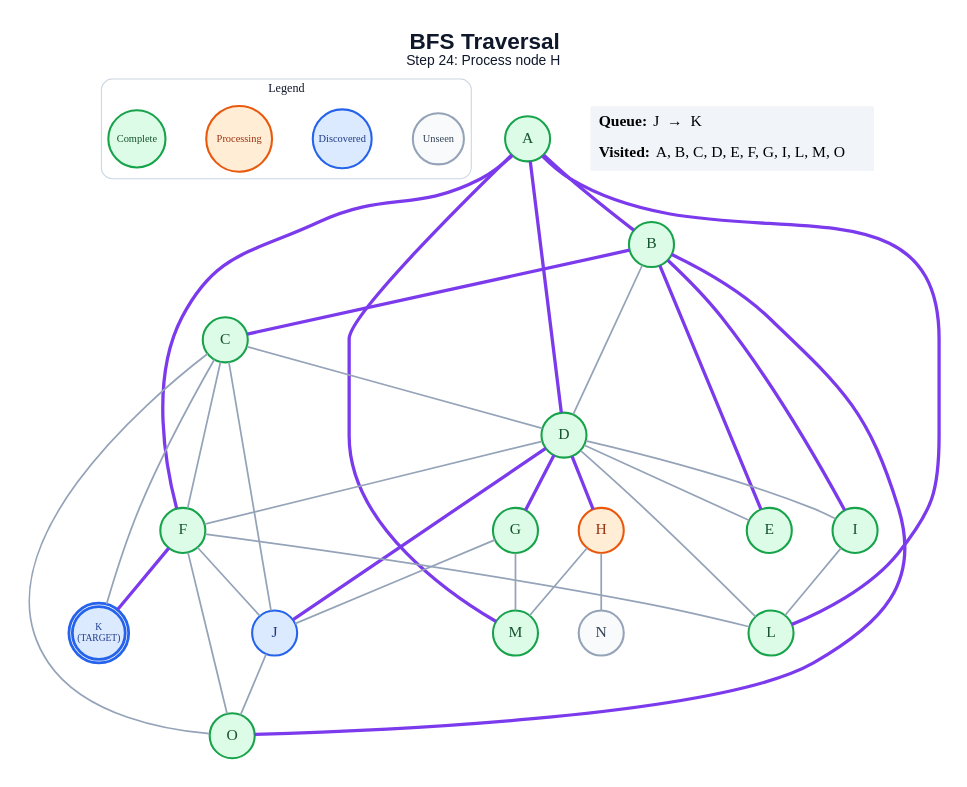
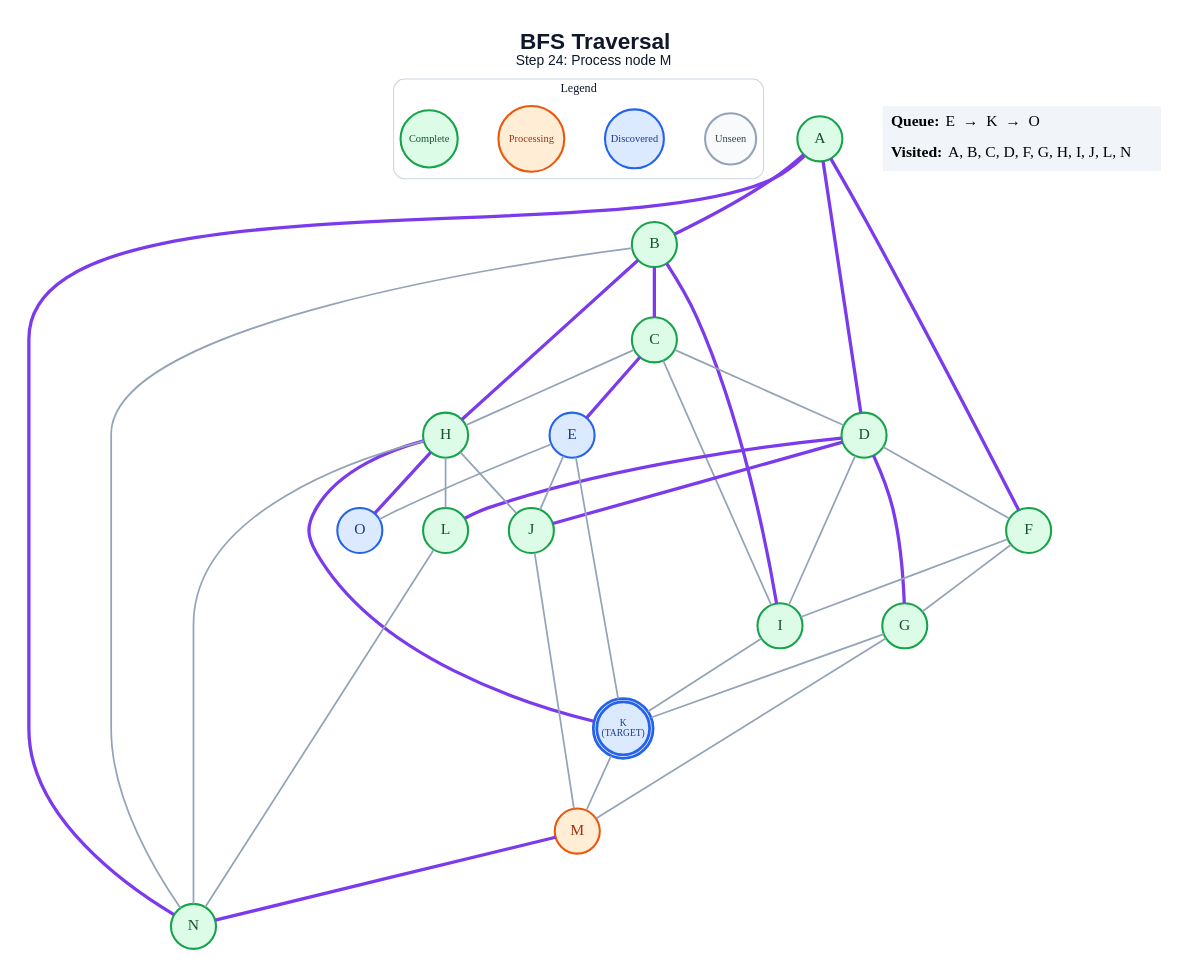
One commit to anon7238593-create/ai-slop changed the diagram in generated/bfs/step_24.dot. Above: the diagram before and after it, drawn with Graphviz. The commit also changed 255 other files, not shown here.

```diff
--- a/generated/bfs/step_24.dot
+++ b/generated/bfs/step_24.dot
@@ -1,66 +1,68 @@
 graph traversal {
   graph [layout=dot, rankdir=TB, bgcolor="#FFFFFF", pad="0.35", nodesep="0.65", ranksep="0.8", fontname="Arial"];
   node [shape=circle, style="filled", fontname="Arial Bold", fontsize=18, width=0.72, fixedsize=true, penwidth=2.4];
   edge [color="#94A3B8", penwidth=2.0];
-  label=<<B>BFS Traversal</B><BR/><FONT POINT-SIZE="16">Step 24: Process node H</FONT>>; labelloc="t"; fontsize=26; fontname="Arial"; fontcolor="#0F172A";
+  label=<<B>BFS Traversal</B><BR/><FONT POINT-SIZE="16">Step 24: Process node M</FONT>>; labelloc="t"; fontsize=26; fontname="Arial"; fontcolor="#0F172A";
   subgraph cluster_legend { label="Legend"; color="#CBD5E1"; penwidth=1.2; style="rounded"; fontsize=14; fontname="Arial Bold";
     key_unseen [label="Unseen", fillcolor="#F8FAFC", color="#94A3B8", fontcolor="#334155", fontsize=12, width=0.82];
     key_frontier [label="Discovered", fillcolor="#DBEAFE", color="#2563EB", fontcolor="#1E3A8A", fontsize=12, width=0.95];
     key_current [label="Processing", fillcolor="#FFEDD5", color="#EA580C", fontcolor="#9A3412", fontsize=12, width=1.05];
     key_done [label="Complete", fillcolor="#DCFCE7", color="#16A34A", fontcolor="#14532D", fontsize=12, width=0.92];
     { rank=same; key_unseen; key_frontier; key_current; key_done; }
   }
   A [label="A", fillcolor="#DCFCE7", color="#16A34A", fontcolor="#14532D", peripheries=1, penwidth=2.4];
   B [label="B", fillcolor="#DCFCE7", color="#16A34A", fontcolor="#14532D", peripheries=1, penwidth=2.4];
   C [label="C", fillcolor="#DCFCE7", color="#16A34A", fontcolor="#14532D", peripheries=1, penwidth=2.4];
   D [label="D", fillcolor="#DCFCE7", color="#16A34A", fontcolor="#14532D", peripheries=1, penwidth=2.4];
-  E [label="E", fillcolor="#DCFCE7", color="#16A34A", fontcolor="#14532D", peripheries=1, penwidth=2.4];
+  E [label="E", fillcolor="#DBEAFE", color="#2563EB", fontcolor="#1E3A8A", peripheries=1, penwidth=2.4];
   F [label="F", fillcolor="#DCFCE7", color="#16A34A", fontcolor="#14532D", peripheries=1, penwidth=2.4];
   G [label="G", fillcolor="#DCFCE7", color="#16A34A", fontcolor="#14532D", peripheries=1, penwidth=2.4];
-  H [label="H", fillcolor="#FFEDD5", color="#EA580C", fontcolor="#9A3412", peripheries=1, penwidth=2.4];
+  H [label="H", fillcolor="#DCFCE7", color="#16A34A", fontcolor="#14532D", peripheries=1, penwidth=2.4];
   I [label="I", fillcolor="#DCFCE7", color="#16A34A", fontcolor="#14532D", peripheries=1, penwidth=2.4];
-  J [label="J", fillcolor="#DBEAFE", color="#2563EB", fontcolor="#1E3A8A", peripheries=1, penwidth=2.4];
+  J [label="J", fillcolor="#DCFCE7", color="#16A34A", fontcolor="#14532D", peripheries=1, penwidth=2.4];
   K [label="K\n(TARGET)", fillcolor="#DBEAFE", color="#2563EB", fontcolor="#1E3A8A", peripheries=2, penwidth=3.2, fontsize=11, width=0.85, height=0.85];
   L [label="L", fillcolor="#DCFCE7", color="#16A34A", fontcolor="#14532D", peripheries=1, penwidth=2.4];
-  M [label="M", fillcolor="#DCFCE7", color="#16A34A", fontcolor="#14532D", peripheries=1, penwidth=2.4];
-  N [label="N", fillcolor="#F8FAFC", color="#94A3B8", fontcolor="#334155", peripheries=1, penwidth=2.4];
-  O [label="O", fillcolor="#DCFCE7", color="#16A34A", fontcolor="#14532D", peripheries=1, penwidth=2.4];
+  M [label="M", fillcolor="#FFEDD5", color="#EA580C", fontcolor="#9A3412", peripheries=1, penwidth=2.4];
+  N [label="N", fillcolor="#DCFCE7", color="#16A34A", fontcolor="#14532D", peripheries=1, penwidth=2.4];
+  O [label="O", fillcolor="#DBEAFE", color="#2563EB", fontcolor="#1E3A8A", peripheries=1, penwidth=2.4];
   A -- B [color="#7C3AED", penwidth=3.8];
   A -- D [color="#7C3AED", penwidth=3.8];
   A -- F [color="#7C3AED", penwidth=3.8];
-  A -- L [color="#7C3AED", penwidth=3.8];
-  A -- M [color="#7C3AED", penwidth=3.8];
+  A -- N [color="#7C3AED", penwidth=3.8];
   B -- C [color="#7C3AED", penwidth=3.8];
-  B -- D;
-  B -- E [color="#7C3AED", penwidth=3.8];
+  B -- H [color="#7C3AED", penwidth=3.8];
   B -- I [color="#7C3AED", penwidth=3.8];
-  B -- O [color="#7C3AED", penwidth=3.8];
+  B -- N;
   C -- D;
-  C -- F;
-  C -- J;
-  C -- K;
-  C -- O;
-  D -- E;
+  C -- E [color="#7C3AED", penwidth=3.8];
+  C -- H;
+  C -- I;
   D -- F;
   D -- G [color="#7C3AED", penwidth=3.8];
-  D -- H [color="#7C3AED", penwidth=3.8];
   D -- I;
   D -- J [color="#7C3AED", penwidth=3.8];
-  D -- L;
-  F -- J;
-  F -- K [color="#7C3AED", penwidth=3.8];
-  F -- L;
-  F -- O;
-  G -- J;
+  D -- L [color="#7C3AED", penwidth=3.8];
+  E -- J;
+  E -- K;
+  E -- O;
+  F -- G;
+  F -- I;
+  G -- K;
   G -- M;
-  H -- M;
+  H -- J;
+  H -- K [color="#7C3AED", penwidth=3.8];
+  H -- L;
   H -- N;
-  I -- L;
-  J -- O;
+  H -- O [color="#7C3AED", penwidth=3.8];
+  I -- K;
+  J -- M;
+  K -- M;
+  L -- N;
+  M -- N [color="#7C3AED", penwidth=3.8];
   status [shape=plain, fixedsize=false, width=0, height=0, margin=0, label=<
     <TABLE BORDER="0" CELLBORDER="0" CELLPADDING="7" BGCOLOR="#F1F5F9">
-      <TR><TD ALIGN="LEFT"><B>Queue:</B> J  →  K</TD></TR>
-      <TR><TD ALIGN="LEFT"><B>Visited:</B> A, B, C, D, E, F, G, I, L, M, O</TD></TR>
+      <TR><TD ALIGN="LEFT"><B>Queue:</B> E  →  K  →  O</TD></TR>
+      <TR><TD ALIGN="LEFT"><B>Visited:</B> A, B, C, D, F, G, H, I, J, L, N</TD></TR>
     </TABLE>
   >];
 }
```
